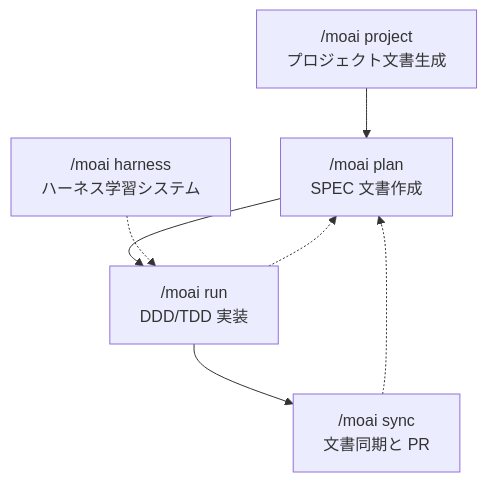
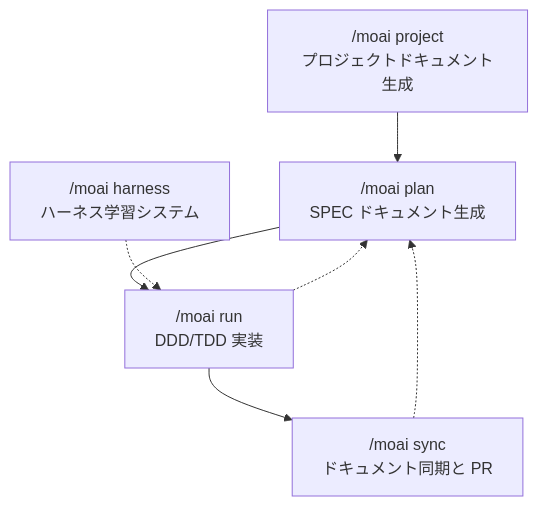
Before and after one commit to modu-ai/moai-adk: the diagram in docs-site/content/ja/workflow-commands/_index.md, drawn with Mermaid. The commit also changed other lines of this file and 395 other files, not shown here.

````diff
--- a/docs-site/content/ja/workflow-commands/_index.md
+++ b/docs-site/content/ja/workflow-commands/_index.md
@@ -13,9 +15,9 @@
 ```mermaid
 flowchart TD
-    A["/moai project<br/>プロジェクト文書生成"] --> B["/moai plan<br/>SPEC 文書作成"]
-    B --> D["/moai run<br/>DDD/TDD 実装"]
-    D --> E["/moai sync<br/>文書同期と PR"]
+    A["/moai project<br>プロジェクトドキュメント生成"] --> B["/moai plan<br>SPEC ドキュメント生成"]
+    B --> D["/moai run<br>DDD/TDD 実装"]
+    D --> E["/moai sync<br>ドキュメント同期と PR"]
     E -.-> B
     D -.-> B
-    F["/moai harness<br/>ハーネス学習システム"] -.-> D
+    F["/moai harness<br>ハーネス学習システム"] -.-> D
 ```
````
